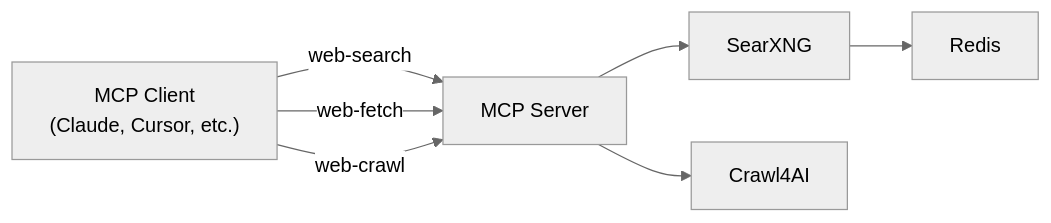
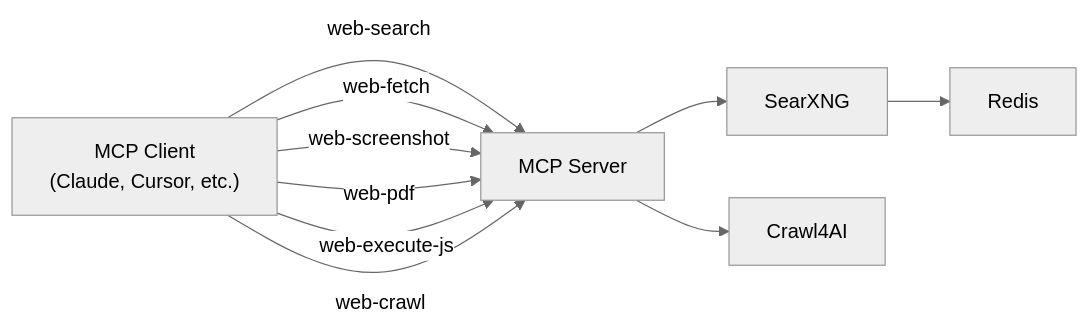
One commit to arnaudjnn/web-search-mcp changed the diagram in README.md. Above: the diagram before and after it, drawn with Mermaid (neutral theme). The commit also changed other lines of this file and 2 other files, not shown here.

First line of the commit message:
Add web-screenshot, web-pdf, and web-execute-js tools

````diff
--- a/README.md
+++ b/README.md
@@ -7,9 +7,12 @@
 ```mermaid
 graph LR
     Client["MCP Client<br/>(Claude, Cursor, etc.)"] -->|web-search| Server["MCP Server"]
     Client -->|web-fetch| Server
+    Client -->|web-screenshot| Server
+    Client -->|web-pdf| Server
+    Client -->|web-execute-js| Server
     Client -->|web-crawl| Server
     Server --> SearXNG
     SearXNG --> Redis
     Server --> Crawl4AI
 ```
````
